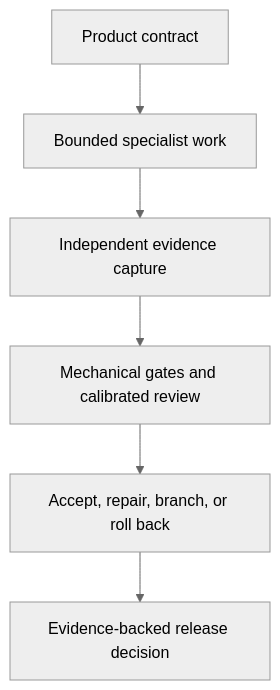
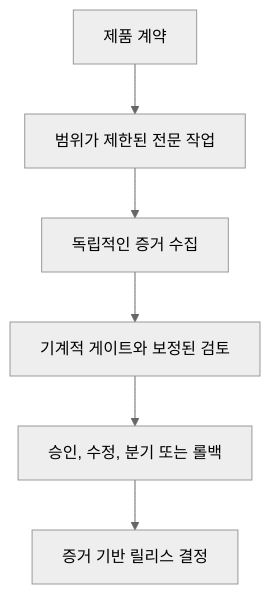
The diagram in README.ko.md (Emily2040/-threejs-evidence-graph), drawn with Mermaid (neutral theme) before and after one commit. The commit also changed other lines of this file and 19 other files, not shown here.

````diff
--- a/README.ko.md
+++ b/README.ko.md
@@ -31,8 +31,8 @@
 ```mermaid
 flowchart TD
-    A["Product contract"] --> B["Bounded specialist work"]
-    B --> C["Independent evidence capture"]
-    C --> D["Mechanical gates and calibrated review"]
-    D --> E["Accept, repair, branch, or roll back"]
-    E --> F["Evidence-backed release decision"]
+    A["제품 계약"] --> B["범위가 제한된 전문 작업"]
+    B --> C["독립적인 증거 수집"]
+    C --> D["기계적 게이트와 보정된 검토"]
+    D --> E["승인, 수정, 분기 또는 롤백"]
+    E --> F["증거 기반 릴리스 결정"]
 ```
````
